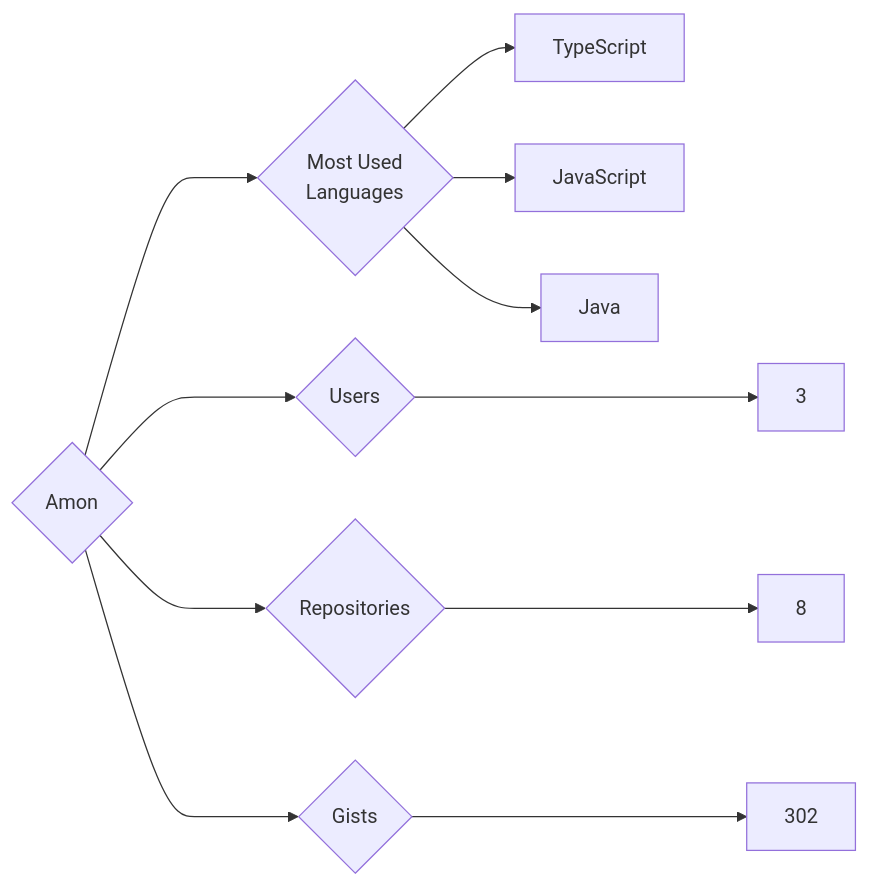
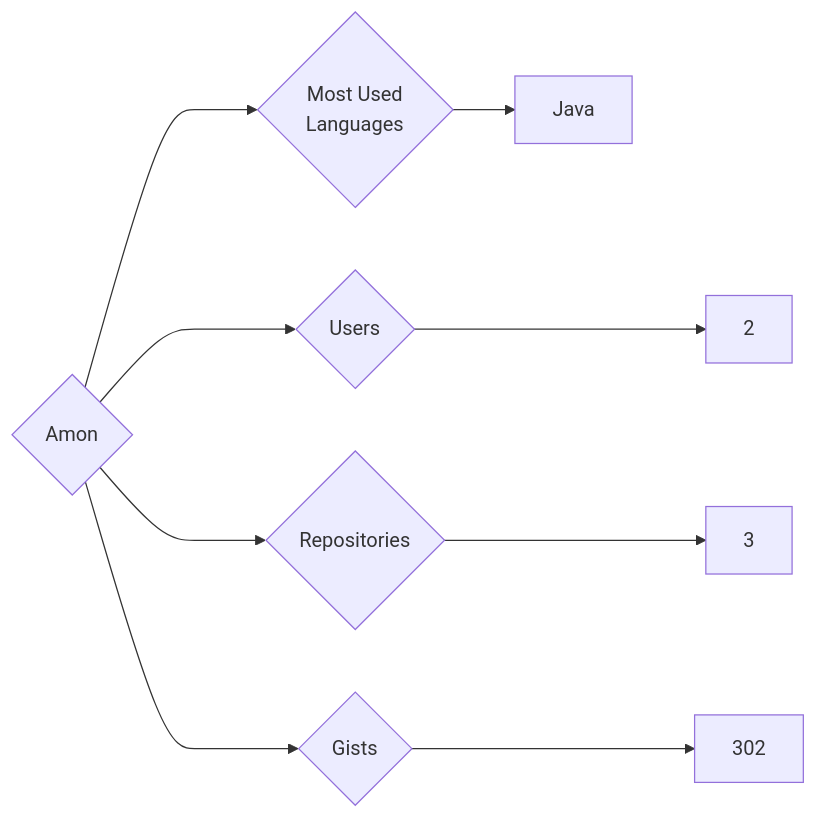
The diagram in targets/Amon/README.md (trickest/insiders), drawn with Mermaid before and after one commit. The commit also changed 1036 other files, not shown here.

````diff
--- a/targets/Amon/README.md
+++ b/targets/Amon/README.md
@@ -3,11 +3,9 @@
 ```mermaid
 graph LR
 COMPANY_NAME{Amon}
-COMPANY_NAME ---> U{Users} ---> UN[3]
-COMPANY_NAME ---> R{Repositories} ---> RN[8]
+COMPANY_NAME ---> U{Users} ---> UN[2]
+COMPANY_NAME ---> R{Repositories} ---> RN[3]
 COMPANY_NAME ---> G{Gists} ---> GN[302]
 COMPANY_NAME ---> ML{Most Used<br>Languages}
-ML --> TypeScript[TypeScript]
-ML --> JavaScript[JavaScript]
 ML --> Java[Java]
 ```
````
